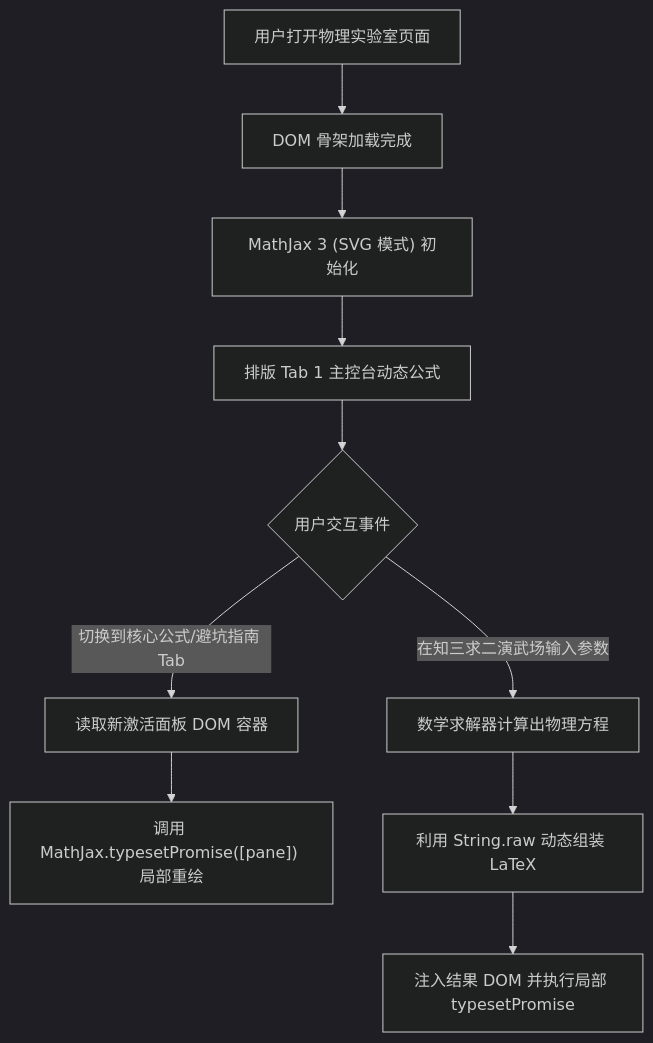
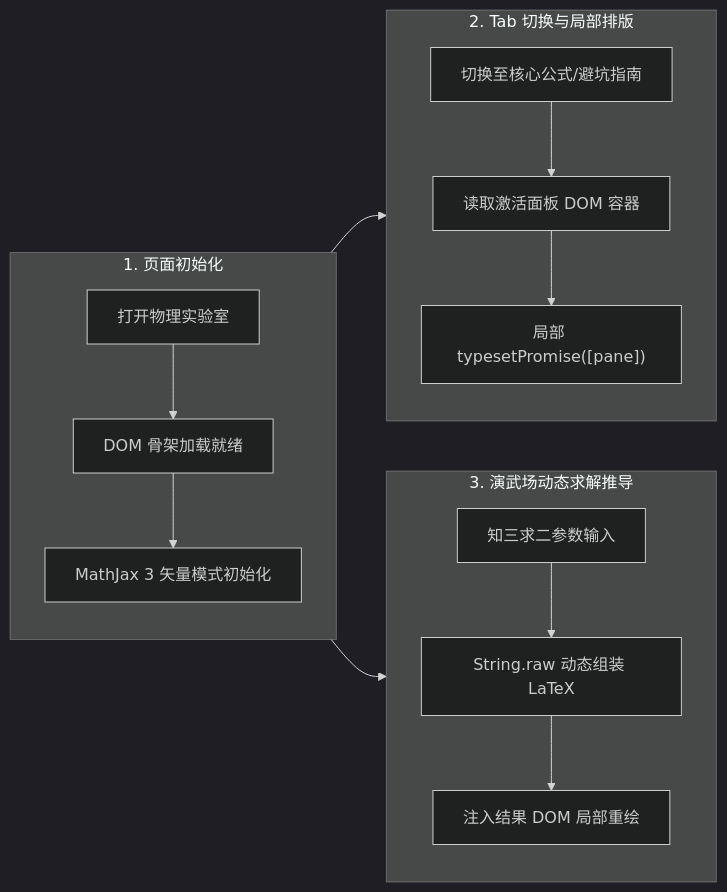
The diagram in blog/math-rendering-guide.md (inkstar/inkstar.github.io), drawn with Mermaid (dark theme) before and after one commit. The commit also changed 2 other files, not shown here.

Commit message:
style(mermaid): 优化图表尺寸与排版，重构流程图与状态机为紧凑横向架构

````diff
--- a/blog/math-rendering-guide.md
+++ b/blog/math-rendering-guide.md
@@ -242,12 +242,23 @@
 ```mermaid
-flowchart TD
-    A["用户打开物理实验室页面"] --> B["DOM 骨架加载完成"]
-    B --> C["MathJax 3 (SVG 模式) 初始化"]
-    C --> D["排版 Tab 1 主控台动态公式"]
-    D --> E{"用户交互事件"}
-    E -->|"切换到核心公式/避坑指南 Tab"| F["读取新激活面板 DOM 容器"]
-    F --> G["调用 MathJax.typesetPromise([pane]) 局部重绘"]
-    E -->|"在知三求二演武场输入参数"| H["数学求解器计算出物理方程"]
-    H --> I["利用 String.raw 动态组装 LaTeX"]
-    I --> J["注入结果 DOM 并执行局部 typesetPromise"]
+flowchart LR
+    subgraph S1["1. 页面初始化"]
+        direction TB
+        A["打开物理实验室"] --> B["DOM 骨架加载就绪"]
+        B --> C["MathJax 3 矢量模式初始化"]
+    end
+
+    subgraph S2["2. Tab 切换与局部排版"]
+        direction TB
+        D["切换至核心公式/避坑指南"] --> E["读取激活面板 DOM 容器"]
+        E --> F["局部 typesetPromise([pane])"]
+    end
+
+    subgraph S3["3. 演武场动态求解推导"]
+        direction TB
+        G["知三求二参数输入"] --> H["String.raw 动态组装 LaTeX"]
+        H --> I["注入结果 DOM 局部重绘"]
+    end
+
+    S1 --> S2
+    S1 --> S3
 ```
````
